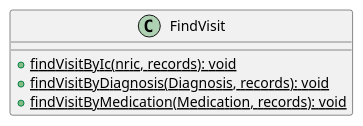
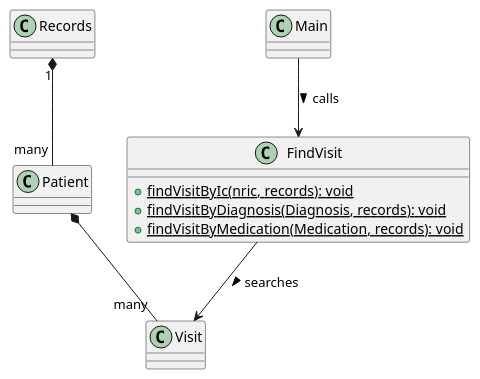
The diagram in docs/FindVisit.puml (yentheng0110/tp), drawn with PlantUML before and after one commit. The commit also changed 1 other file, not shown here.

Commit message:
1. added class-level attributes 2. added some association arrows for FileHandler and FindVisit

```diff
--- a/docs/FindVisit.puml
+++ b/docs/FindVisit.puml
@@ -1,10 +1,20 @@
 @startuml
 'https://plantuml.com/class-diagram
 
 class FindVisit {
   +{static} findVisitByIc(nric, records): void
   +{static} findVisitByDiagnosis(Diagnosis, records): void
   +{static} findVisitByMedication(Medication, records): void
 }
 
+class Patient {}
+class Visit {}
+class Main {}
+class Records {}
+
+Main --> FindVisit : calls >
+FindVisit --> Visit : searches >
+Records "1" *-- "many" Patient
+Patient *-- "many" Visit
+
 @enduml
```
